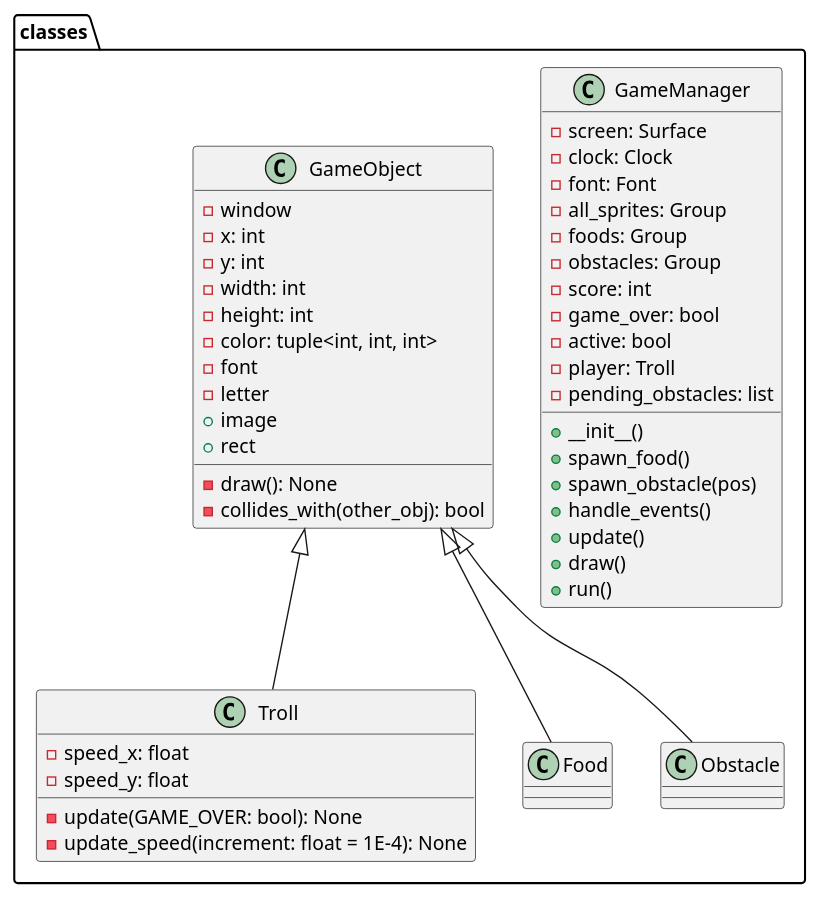
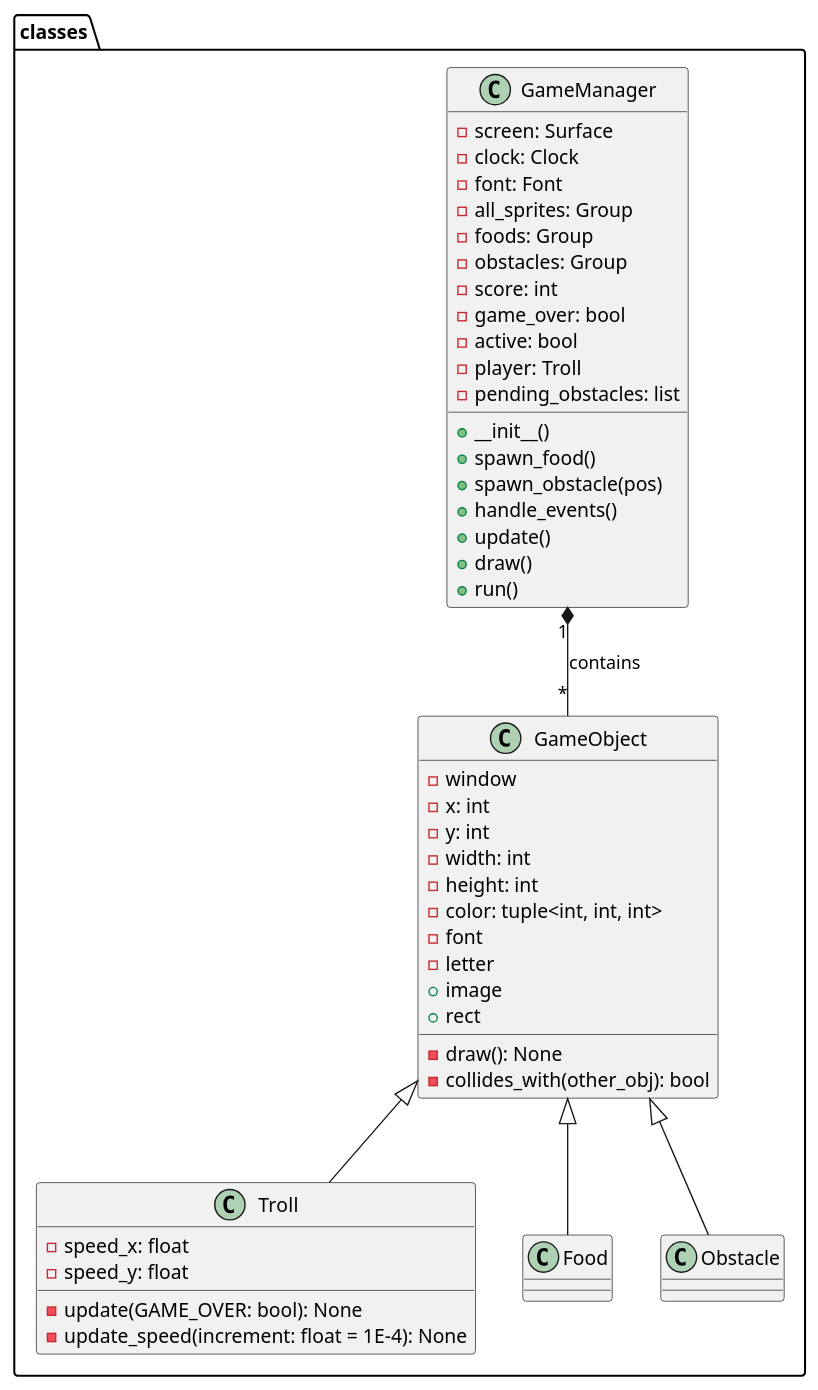
The diagram in src/tasks/4_before_fourth_test/pactroll/pactroll_UML.puml (LakBud/Informasjonsteknologi-2-Python-Course), drawn with PlantUML before and after one commit. The commit also changed 4 other files, not shown here.

```diff
--- a/src/tasks/4_before_fourth_test/pactroll/pactroll_UML.puml
+++ b/src/tasks/4_before_fourth_test/pactroll/pactroll_UML.puml
@@ -1,61 +1,62 @@
 @startuml classes
 
 class classes.GameManager {
     - screen: Surface
     - clock: Clock
     - font: Font
     - all_sprites: Group
     - foods: Group
     - obstacles: Group
     - score: int
     - game_over: bool
     - active: bool
     - player: Troll
     - pending_obstacles: list
     + __init__()
     + spawn_food()
     + spawn_obstacle(pos)
     + handle_events()
     + update()
     + draw()
     + run()
 }
 
 
 
 class classes.GameObject {
     - window
     - x: int
     - y: int
     - width: int
     - height: int
     - color: tuple<int, int, int>
     - font
     - letter
     + image
     + rect
     - draw(): None 
     - collides_with(other_obj): bool
 }
 
 class classes.Troll {
     - speed_x: float
     - speed_y: float
     - update(GAME_OVER: bool): None
     - update_speed(increment: float = 1E-4): None
 }
 
 class classes.Food {
 }
 
 class classes.Obstacle {
 }
 
 
 
 GameObject <|-- Troll
 GameObject <|-- Food
 GameObject <|-- Obstacle
+GameManager "1" *-- "*" GameObject : contains
 
 
 @enduml
```
